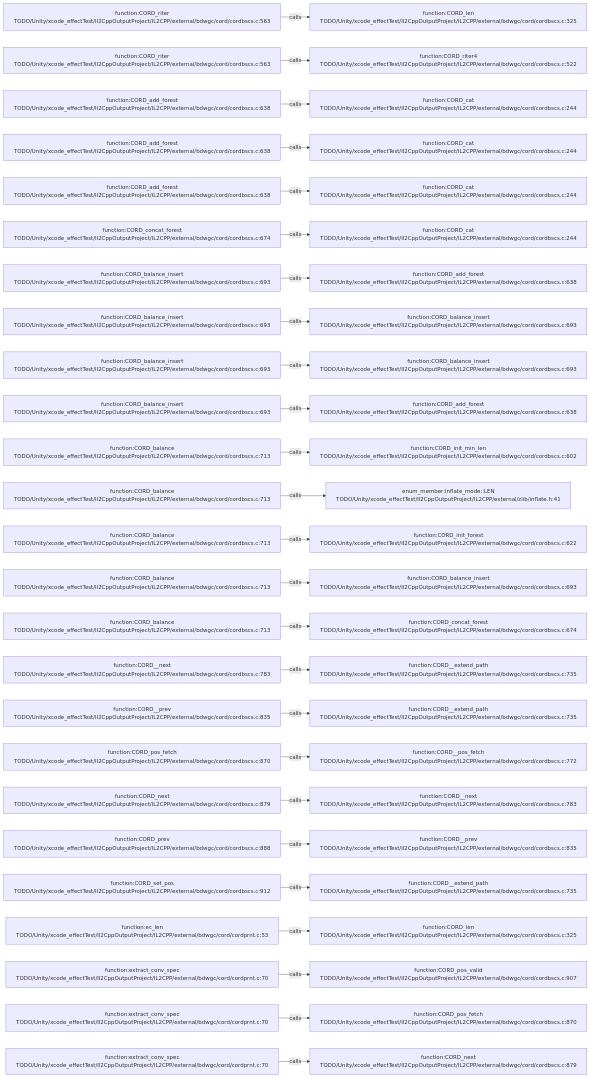
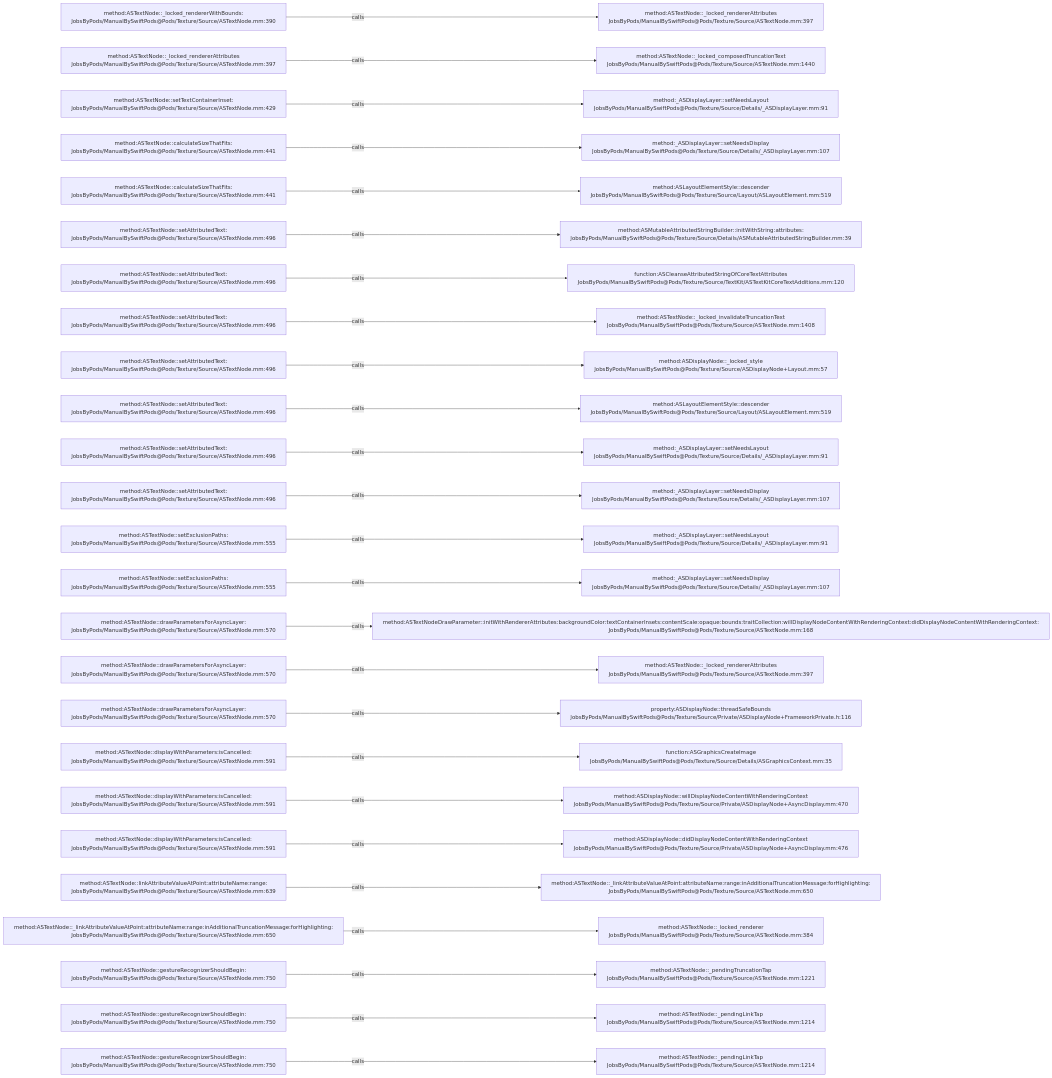
Before and after one commit to JobsKits/JobsSwiftBaseConfigDemo: the diagram in .codegraph/codegraph.md/graphs/calls-085.md, drawn with Mermaid. The commit also changed 2959 other files, not shown here.

````diff
--- a/.codegraph/codegraph.md/graphs/calls-085.md
+++ b/.codegraph/codegraph.md/graphs/calls-085.md
@@ -13,78 +13,78 @@
 ```mermaid
 flowchart LR
-  S1["function:CORD_riter<br/>TODO/Unity/xcode_effectTest/Il2CppOutputProject/IL2CPP/external/bdwgc/cord/cordbscs.c:563"]
-  T1["function:CORD_len<br/>TODO/Unity/xcode_effectTest/Il2CppOutputProject/IL2CPP/external/bdwgc/cord/cordbscs.c:325"]
+  S1["method:ASTextNode::_locked_rendererWithBounds:<br/>JobsByPods/ManualBySwiftPods@Pods/Texture/Source/ASTextNode.mm:390"]
+  T1["method:ASTextNode::_locked_rendererAttributes<br/>JobsByPods/ManualBySwiftPods@Pods/Texture/Source/ASTextNode.mm:397"]
   S1 -->|calls| T1
-  S2["function:CORD_riter<br/>TODO/Unity/xcode_effectTest/Il2CppOutputProject/IL2CPP/external/bdwgc/cord/cordbscs.c:563"]
-  T2["function:CORD_riter4<br/>TODO/Unity/xcode_effectTest/Il2CppOutputProject/IL2CPP/external/bdwgc/cord/cordbscs.c:522"]
+  S2["method:ASTextNode::_locked_rendererAttributes<br/>JobsByPods/ManualBySwiftPods@Pods/Texture/Source/ASTextNode.mm:397"]
+  T2["method:ASTextNode::_locked_composedTruncationText<br/>JobsByPods/ManualBySwiftPods@Pods/Texture/Source/ASTextNode.mm:1440"]
   S2 -->|calls| T2
-  S3["function:CORD_add_forest<br/>TODO/Unity/xcode_effectTest/Il2CppOutputProject/IL2CPP/external/bdwgc/cord/cordbscs.c:638"]
-  T3["function:CORD_cat<br/>TODO/Unity/xcode_effectTest/Il2CppOutputProject/IL2CPP/external/bdwgc/cord/cordbscs.c:244"]
+  S3["method:ASTextNode::setTextContainerInset:<br/>JobsByPods/ManualBySwiftPods@Pods/Texture/Source/ASTextNode.mm:429"]
+  T3["method:_ASDisplayLayer::setNeedsLayout<br/>JobsByPods/ManualBySwiftPods@Pods/Texture/Source/Details/_ASDisplayLayer.mm:91"]
   S3 -->|calls| T3
-  S4["function:CORD_add_forest<br/>TODO/Unity/xcode_effectTest/Il2CppOutputProject/IL2CPP/external/bdwgc/cord/cordbscs.c:638"]
-  T4["function:CORD_cat<br/>TODO/Unity/xcode_effectTest/Il2CppOutputProject/IL2CPP/external/bdwgc/cord/cordbscs.c:244"]
+  S4["method:ASTextNode::calculateSizeThatFits:<br/>JobsByPods/ManualBySwiftPods@Pods/Texture/Source/ASTextNode.mm:441"]
+  T4["method:_ASDisplayLayer::setNeedsDisplay<br/>JobsByPods/ManualBySwiftPods@Pods/Texture/Source/Details/_ASDisplayLayer.mm:107"]
   S4 -->|calls| T4
-  S5["function:CORD_add_forest<br/>TODO/Unity/xcode_effectTest/Il2CppOutputProject/IL2CPP/external/bdwgc/cord/cordbscs.c:638"]
-  T5["function:CORD_cat<br/>TODO/Unity/xcode_effectTest/Il2CppOutputProject/IL2CPP/external/bdwgc/cord/cordbscs.c:244"]
+  S5["method:ASTextNode::calculateSizeThatFits:<br/>JobsByPods/ManualBySwiftPods@Pods/Texture/Source/ASTextNode.mm:441"]
+  T5["method:ASLayoutElementStyle::descender<br/>JobsByPods/ManualBySwiftPods@Pods/Texture/Source/Layout/ASLayoutElement.mm:519"]
   S5 -->|calls| T5
-  S6["function:CORD_concat_forest<br/>TODO/Unity/xcode_effectTest/Il2CppOutputProject/IL2CPP/external/bdwgc/cord/cordbscs.c:674"]
-  T6["function:CORD_cat<br/>TODO/Unity/xcode_effectTest/Il2CppOutputProject/IL2CPP/external/bdwgc/cord/cordbscs.c:244"]
+  S6["method:ASTextNode::setAttributedText:<br/>JobsByPods/ManualBySwiftPods@Pods/Texture/Source/ASTextNode.mm:496"]
+  T6["method:ASMutableAttributedStringBuilder::initWithString:attributes:<br/>JobsByPods/ManualBySwiftPods@Pods/Texture/Source/Details/ASMutableAttributedStringBuilder.mm:39"]
   S6 -->|calls| T6
-  S7["function:CORD_balance_insert<br/>TODO/Unity/xcode_effectTest/Il2CppOutputProject/IL2CPP/external/bdwgc/cord/cordbscs.c:693"]
-  T7["function:CORD_add_forest<br/>TODO/Unity/xcode_effectTest/Il2CppOutputProject/IL2CPP/external/bdwgc/cord/cordbscs.c:638"]
+  S7["method:ASTextNode::setAttributedText:<br/>JobsByPods/ManualBySwiftPods@Pods/Texture/Source/ASTextNode.mm:496"]
+  T7["function:ASCleanseAttributedStringOfCoreTextAttributes<br/>JobsByPods/ManualBySwiftPods@Pods/Texture/Source/TextKit/ASTextKitCoreTextAdditions.mm:120"]
   S7 -->|calls| T7
-  S8["function:CORD_balance_insert<br/>TODO/Unity/xcode_effectTest/Il2CppOutputProject/IL2CPP/external/bdwgc/cord/cordbscs.c:693"]
-  T8["function:CORD_balance_insert<br/>TODO/Unity/xcode_effectTest/Il2CppOutputProject/IL2CPP/external/bdwgc/cord/cordbscs.c:693"]
+  S8["method:ASTextNode::setAttributedText:<br/>JobsByPods/ManualBySwiftPods@Pods/Texture/Source/ASTextNode.mm:496"]
+  T8["method:ASTextNode::_locked_invalidateTruncationText<br/>JobsByPods/ManualBySwiftPods@Pods/Texture/Source/ASTextNode.mm:1408"]
   S8 -->|calls| T8
-  S9["function:CORD_balance_insert<br/>TODO/Unity/xcode_effectTest/Il2CppOutputProject/IL2CPP/external/bdwgc/cord/cordbscs.c:693"]
-  T9["function:CORD_balance_insert<br/>TODO/Unity/xcode_effectTest/Il2CppOutputProject/IL2CPP/external/bdwgc/cord/cordbscs.c:693"]
+  S9["method:ASTextNode::setAttributedText:<br/>JobsByPods/ManualBySwiftPods@Pods/Texture/Source/ASTextNode.mm:496"]
+  T9["method:ASDisplayNode::_locked_style<br/>JobsByPods/ManualBySwiftPods@Pods/Texture/Source/ASDisplayNode+Layout.mm:57"]
   S9 -->|calls| T9
-  S10["function:CORD_balance_insert<br/>TODO/Unity/xcode_effectTest/Il2CppOutputProject/IL2CPP/external/bdwgc/cord/cordbscs.c:693"]
-  T10["function:CORD_add_forest<br/>TODO/Unity/xcode_effectTest/Il2CppOutputProject/IL2CPP/external/bdwgc/cord/cordbscs.c:638"]
+  S10["method:ASTextNode::setAttributedText:<br/>JobsByPods/ManualBySwiftPods@Pods/Texture/Source/ASTextNode.mm:496"]
+  T10["method:ASLayoutElementStyle::descender<br/>JobsByPods/ManualBySwiftPods@Pods/Texture/Source/Layout/ASLayoutElement.mm:519"]
   S10 -->|calls| T10
-  S11["function:CORD_balance<br/>TODO/Unity/xcode_effectTest/Il2CppOutputProject/IL2CPP/external/bdwgc/cord/cordbscs.c:713"]
-  T11["function:CORD_init_min_len<br/>TODO/Unity/xcode_effectTest/Il2CppOutputProject/IL2CPP/external/bdwgc/cord/cordbscs.c:602"]
+  S11["method:ASTextNode::setAttributedText:<br/>JobsByPods/ManualBySwiftPods@Pods/Texture/Source/ASTextNode.mm:496"]
+  T11["method:_ASDisplayLayer::setNeedsLayout<br/>JobsByPods/ManualBySwiftPods@Pods/Texture/Source/Details/_ASDisplayLayer.mm:91"]
   S11 -->|calls| T11
-  S12["function:CORD_balance<br/>TODO/Unity/xcode_effectTest/Il2CppOutputProject/IL2CPP/external/bdwgc/cord/cordbscs.c:713"]
-  T12["enum_member:inflate_mode::LEN<br/>TODO/Unity/xcode_effectTest/Il2CppOutputProject/IL2CPP/external/zlib/inflate.h:41"]
+  S12["method:ASTextNode::setAttributedText:<br/>JobsByPods/ManualBySwiftPods@Pods/Texture/Source/ASTextNode.mm:496"]
+  T12["method:_ASDisplayLayer::setNeedsDisplay<br/>JobsByPods/ManualBySwiftPods@Pods/Texture/Source/Details/_ASDisplayLayer.mm:107"]
   S12 -->|calls| T12
-  S13["function:CORD_balance<br/>TODO/Unity/xcode_effectTest/Il2CppOutputProject/IL2CPP/external/bdwgc/cord/cordbscs.c:713"]
-  T13["function:CORD_init_forest<br/>TODO/Unity/xcode_effectTest/Il2CppOutputProject/IL2CPP/external/bdwgc/cord/cordbscs.c:622"]
+  S13["method:ASTextNode::setExclusionPaths:<br/>JobsByPods/ManualBySwiftPods@Pods/Texture/Source/ASTextNode.mm:555"]
+  T13["method:_ASDisplayLayer::setNeedsLayout<br/>JobsByPods/ManualBySwiftPods@Pods/Texture/Source/Details/_ASDisplayLayer.mm:91"]
   S13 -->|calls| T13
-  S14["function:CORD_balance<br/>TODO/Unity/xcode_effectTest/Il2CppOutputProject/IL2CPP/external/bdwgc/cord/cordbscs.c:713"]
-  T14["function:CORD_balance_insert<br/>TODO/Unity/xcode_effectTest/Il2CppOutputProject/IL2CPP/external/bdwgc/cord/cordbscs.c:693"]
+  S14["method:ASTextNode::setExclusionPaths:<br/>JobsByPods/ManualBySwiftPods@Pods/Texture/Source/ASTextNode.mm:555"]
+  T14["method:_ASDisplayLayer::setNeedsDisplay<br/>JobsByPods/ManualBySwiftPods@Pods/Texture/Source/Details/_ASDisplayLayer.mm:107"]
   S14 -->|calls| T14
-  S15["function:CORD_balance<br/>TODO/Unity/xcode_effectTest/Il2CppOutputProject/IL2CPP/external/bdwgc/cord/cordbscs.c:713"]
-  T15["function:CORD_concat_forest<br/>TODO/Unity/xcode_effectTest/Il2CppOutputProject/IL2CPP/external/bdwgc/cord/cordbscs.c:674"]
+  S15["method:ASTextNode::drawParametersForAsyncLayer:<br/>JobsByPods/ManualBySwiftPods@Pods/Texture/Source/ASTextNode.mm:570"]
+  T15["method:ASTextNodeDrawParameter::initWithRendererAttributes:backgroundColor:textContainerInsets:contentScale:opaque:bounds:traitCollection:willDisplayNodeContentWithRenderingContext:didDisplayNodeContentWithRenderingContext:<br/>JobsByPods/ManualBySwiftPods@Pods/Texture/Source/ASTextNode.mm:168"]
   S15 -->|calls| T15
-  S16["function:CORD__next<br/>TODO/Unity/xcode_effectTest/Il2CppOutputProject/IL2CPP/external/bdwgc/cord/cordbscs.c:783"]
-  T16["function:CORD__extend_path<br/>TODO/Unity/xcode_effectTest/Il2CppOutputProject/IL2CPP/external/bdwgc/cord/cordbscs.c:735"]
+  S16["method:ASTextNode::drawParametersForAsyncLayer:<br/>JobsByPods/ManualBySwiftPods@Pods/Texture/Source/ASTextNode.mm:570"]
+  T16["method:ASTextNode::_locked_rendererAttributes<br/>JobsByPods/ManualBySwiftPods@Pods/Texture/Source/ASTextNode.mm:397"]
   S16 -->|calls| T16
-  S17["function:CORD__prev<br/>TODO/Unity/xcode_effectTest/Il2CppOutputProject/IL2CPP/external/bdwgc/cord/cordbscs.c:835"]
-  T17["function:CORD__extend_path<br/>TODO/Unity/xcode_effectTest/Il2CppOutputProject/IL2CPP/external/bdwgc/cord/cordbscs.c:735"]
+  S17["method:ASTextNode::drawParametersForAsyncLayer:<br/>JobsByPods/ManualBySwiftPods@Pods/Texture/Source/ASTextNode.mm:570"]
+  T17["property:ASDisplayNode::threadSafeBounds<br/>JobsByPods/ManualBySwiftPods@Pods/Texture/Source/Private/ASDisplayNode+FrameworkPrivate.h:116"]
   S17 -->|calls| T17
-  S18["function:CORD_pos_fetch<br/>TODO/Unity/xcode_effectTest/Il2CppOutputProject/IL2CPP/external/bdwgc/cord/cordbscs.c:870"]
-  T18["function:CORD__pos_fetch<br/>TODO/Unity/xcode_effectTest/Il2CppOutputProject/IL2CPP/external/bdwgc/cord/cordbscs.c:772"]
+  S18["method:ASTextNode::displayWithParameters:isCancelled:<br/>JobsByPods/ManualBySwiftPods@Pods/Texture/Source/ASTextNode.mm:591"]
+  T18["function:ASGraphicsCreateImage<br/>JobsByPods/ManualBySwiftPods@Pods/Texture/Source/Details/ASGraphicsContext.mm:35"]
   S18 -->|calls| T18
-  S19["function:CORD_next<br/>TODO/Unity/xcode_effectTest/Il2CppOutputProject/IL2CPP/external/bdwgc/cord/cordbscs.c:879"]
-  T19["function:CORD__next<br/>TODO/Unity/xcode_effectTest/Il2CppOutputProject/IL2CPP/external/bdwgc/cord/cordbscs.c:783"]
+  S19["method:ASTextNode::displayWithParameters:isCancelled:<br/>JobsByPods/ManualBySwiftPods@Pods/Texture/Source/ASTextNode.mm:591"]
+  T19["method:ASDisplayNode::willDisplayNodeContentWithRenderingContext<br/>JobsByPods/ManualBySwiftPods@Pods/Texture/Source/Private/ASDisplayNode+AsyncDisplay.mm:470"]
   S19 -->|calls| T19
-  S20["function:CORD_prev<br/>TODO/Unity/xcode_effectTest/Il2CppOutputProject/IL2CPP/external/bdwgc/cord/cordbscs.c:888"]
-  T20["function:CORD__prev<br/>TODO/Unity/xcode_effectTest/Il2CppOutputProject/IL2CPP/external/bdwgc/cord/cordbscs.c:835"]
+  S20["method:ASTextNode::displayWithParameters:isCancelled:<br/>JobsByPods/ManualBySwiftPods@Pods/Texture/Source/ASTextNode.mm:591"]
+  T20["method:ASDisplayNode::didDisplayNodeContentWithRenderingContext<br/>JobsByPods/ManualBySwiftPods@Pods/Texture/Source/Private/ASDisplayNode+AsyncDisplay.mm:476"]
   S20 -->|calls| T20
-  S21["function:CORD_set_pos<br/>TODO/Unity/xcode_effectTest/Il2CppOutputProject/IL2CPP/external/bdwgc/cord/cordbscs.c:912"]
-  T21["function:CORD__extend_path<br/>TODO/Unity/xcode_effectTest/Il2CppOutputProject/IL2CPP/external/bdwgc/cord/cordbscs.c:735"]
+  S21["method:ASTextNode::linkAttributeValueAtPoint:attributeName:range:<br/>JobsByPods/ManualBySwiftPods@Pods/Texture/Source/ASTextNode.mm:639"]
+  T21["method:ASTextNode::_linkAttributeValueAtPoint:attributeName:range:inAdditionalTruncationMessage:forHighlighting:<br/>JobsByPods/ManualBySwiftPods@Pods/Texture/Source/ASTextNode.mm:650"]
   S21 -->|calls| T21
-  S22["function:ec_len<br/>TODO/Unity/xcode_effectTest/Il2CppOutputProject/IL2CPP/external/bdwgc/cord/cordprnt.c:53"]
-  T22["function:CORD_len<br/>TODO/Unity/xcode_effectTest/Il2CppOutputProject/IL2CPP/external/bdwgc/cord/cordbscs.c:325"]
+  S22["method:ASTextNode::_linkAttributeValueAtPoint:attributeName:range:inAdditionalTruncationMessage:forHighlighting:<br/>JobsByPods/ManualBySwiftPods@Pods/Texture/Source/ASTextNode.mm:650"]
+  T22["method:ASTextNode::_locked_renderer<br/>JobsByPods/ManualBySwiftPods@Pods/Texture/Source/ASTextNode.mm:384"]
   S22 -->|calls| T22
-  S23["function:extract_conv_spec<br/>TODO/Unity/xcode_effectTest/Il2CppOutputProject/IL2CPP/external/bdwgc/cord/cordprnt.c:70"]
-  T23["function:CORD_pos_valid<br/>TODO/Unity/xcode_effectTest/Il2CppOutputProject/IL2CPP/external/bdwgc/cord/cordbscs.c:907"]
+  S23["method:ASTextNode::gestureRecognizerShouldBegin:<br/>JobsByPods/ManualBySwiftPods@Pods/Texture/Source/ASTextNode.mm:750"]
+  T23["method:ASTextNode::_pendingTruncationTap<br/>JobsByPods/ManualBySwiftPods@Pods/Texture/Source/ASTextNode.mm:1221"]
   S23 -->|calls| T23
-  S24["function:extract_conv_spec<br/>TODO/Unity/xcode_effectTest/Il2CppOutputProject/IL2CPP/external/bdwgc/cord/cordprnt.c:70"]
-  T24["function:CORD_pos_fetch<br/>TODO/Unity/xcode_effectTest/Il2CppOutputProject/IL2CPP/external/bdwgc/cord/cordbscs.c:870"]
+  S24["method:ASTextNode::gestureRecognizerShouldBegin:<br/>JobsByPods/ManualBySwiftPods@Pods/Texture/Source/ASTextNode.mm:750"]
+  T24["method:ASTextNode::_pendingLinkTap<br/>JobsByPods/ManualBySwiftPods@Pods/Texture/Source/ASTextNode.mm:1214"]
   S24 -->|calls| T24
-  S25["function:extract_conv_spec<br/>TODO/Unity/xcode_effectTest/Il2CppOutputProject/IL2CPP/external/bdwgc/cord/cordprnt.c:70"]
-  T25["function:CORD_next<br/>TODO/Unity/xcode_effectTest/Il2CppOutputProject/IL2CPP/external/bdwgc/cord/cordbscs.c:879"]
+  S25["method:ASTextNode::gestureRecognizerShouldBegin:<br/>JobsByPods/ManualBySwiftPods@Pods/Texture/Source/ASTextNode.mm:750"]
+  T25["method:ASTextNode::_pendingLinkTap<br/>JobsByPods/ManualBySwiftPods@Pods/Texture/Source/ASTextNode.mm:1214"]
   S25 -->|calls| T25
 ```
````
